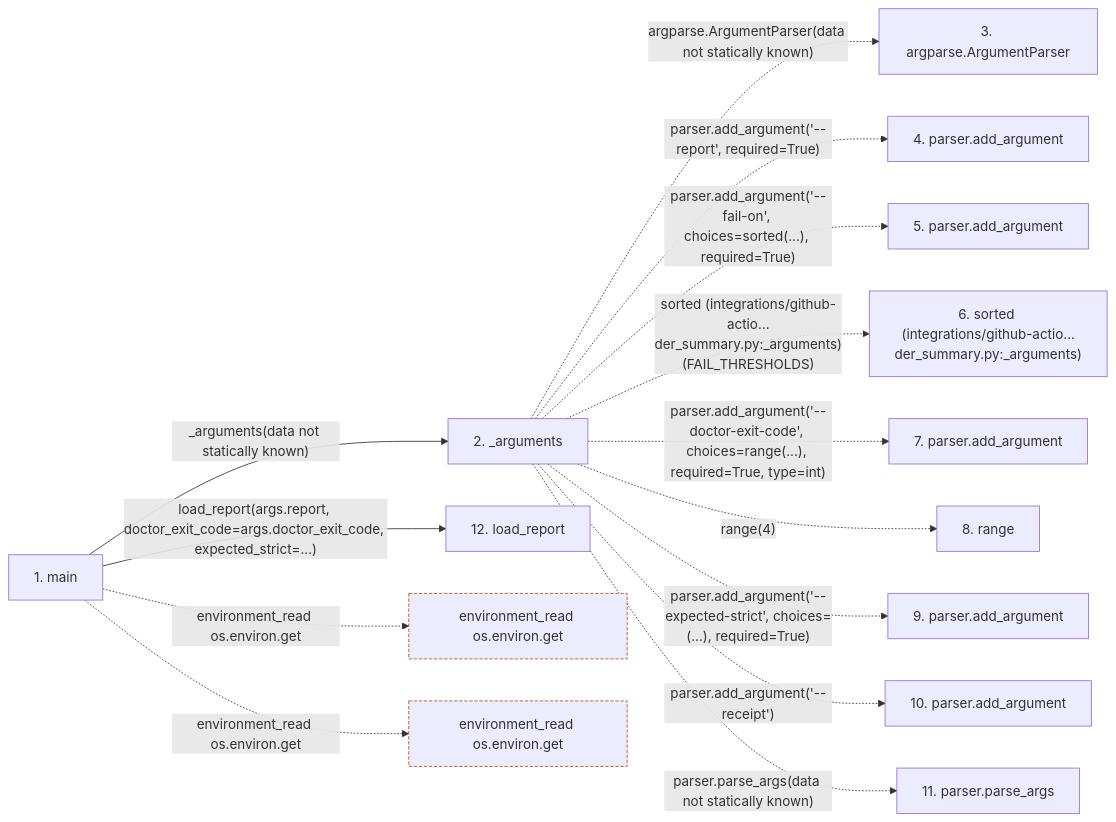
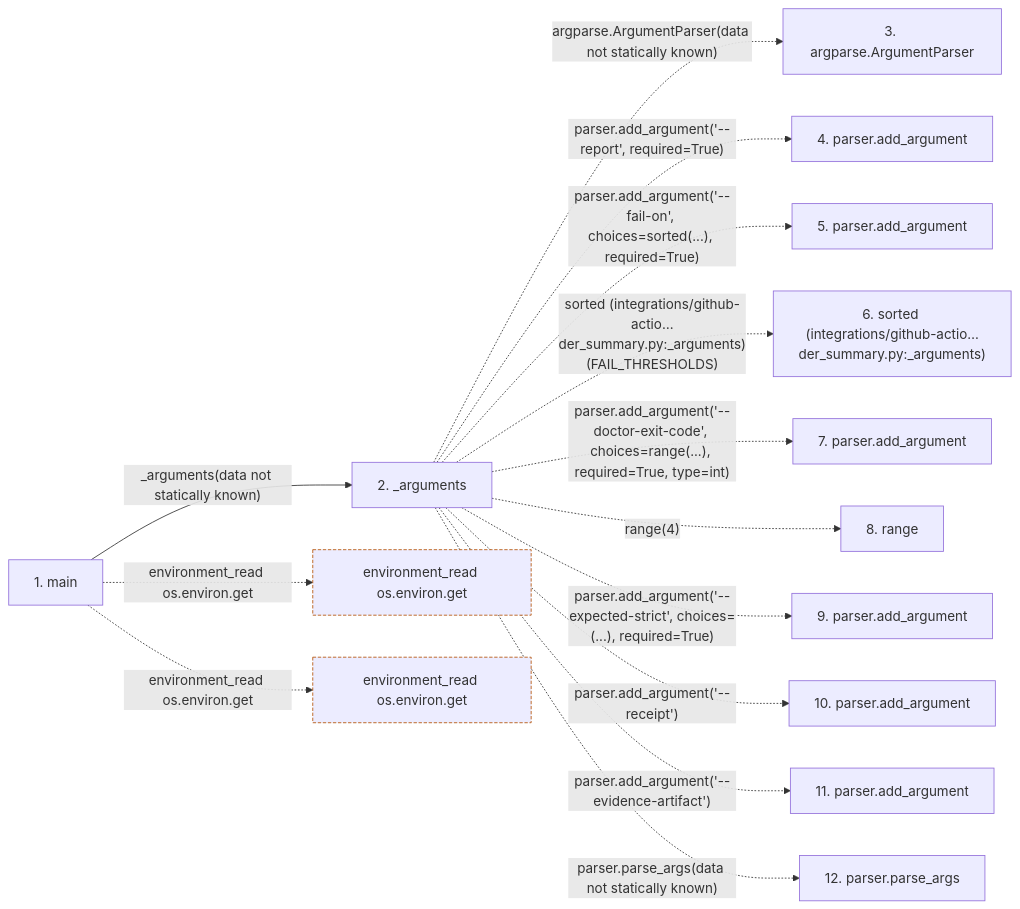
The second of 2 diagrams in docs/llm_wiki/flows/process-render_summary.md (Denissvgn/python-wiki-llm), drawn with Mermaid before and after one commit. The commit also changed other lines of this file and 727 other files, not shown here.

````diff
--- a/docs/llm_wiki/flows/process-render_summary.md
+++ b/docs/llm_wiki/flows/process-render_summary.md
@@ -79,36 +87,35 @@
 ```mermaid
 flowchart LR
     s1["1. main"]
     s2["2. _arguments"]
     s3["3. argparse.ArgumentParser"]
     s4["4. parser.add_argument"]
     s5["5. parser.add_argument"]
     s6["6. sorted (integrations/github-actio…der_summary.py:_arguments)"]
     s7["7. parser.add_argument"]
     s8["8. range"]
     s9["9. parser.add_argument"]
     s10["10. parser.add_argument"]
-    s11["11. parser.parse_args"]
-    s12["12. load_report"]
+    s11["11. parser.add_argument"]
+    s12["12. parser.parse_args"]
     s1 -->|"_arguments(data not statically known)"| s2
     s2 -. "argparse.ArgumentParser(data not statically known)" .-> s3
     s2 -. "parser.add_argument('--report', required=True)" .-> s4
     s2 -. "parser.add_argument('--fail-on', choices=sorted(...), required=True)" .-> s5
     s2 -. "sorted (integrations/github-actio…der_summary.py:_arguments)(FAIL_THRESHOLDS)" .-> s6
     s2 -. "parser.add_argument('--doctor-exit-code', choices=range(...), required=True, type=int)" .-> s7
     s2 -. "range(4)" .-> s8
     s2 -. "parser.add_argument('--expected-strict', choices=(...), required=True)" .-> s9
     s2 -. "parser.add_argument('--receipt')" .-> s10
-    s2 -. "parser.parse_args(data not statically known)" .-> s11
-    s1 -->|"load_report(args.report, doctor_exit_code=args.doctor_exit_code, expected_strict=...)"| s12
+    s2 -. "parser.add_argument('--evidence-artifact')" .-> s11
+    s2 -. "parser.parse_args(data not statically known)" .-> s12
     b0["environment_read os.environ.get"]
     s1 -. "environment_read os.environ.get" .-> b0
     b1["environment_read os.environ.get"]
     s1 -. "environment_read os.environ.get" .-> b1
     click s1 "../modules/render_summary.md"
     click s2 "../modules/render_summary.md"
-    click s12 "../modules/render_summary.md"
     classDef boundary stroke:#b45309,stroke-dasharray: 4 2
     class b0 boundary
     class b1 boundary
 ```
````
